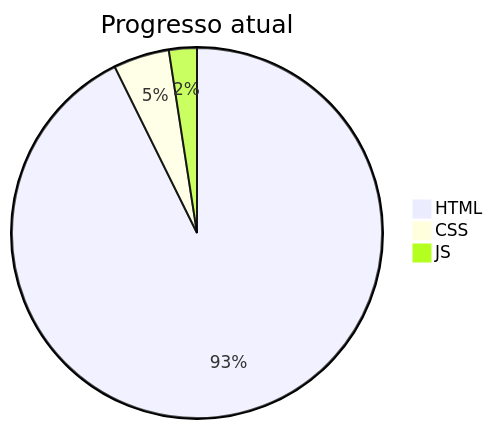
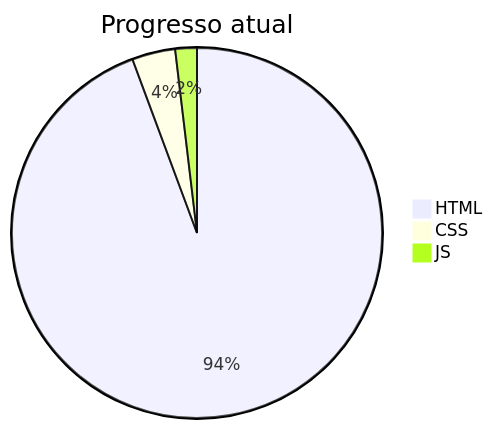
One commit to mariasaldanhaa/dio-curso-frontend changed the diagram in README.md. Above: the diagram before and after it, drawn with Mermaid. The commit also changed other lines of this file, not shown here.

Commit message:
docs: atualização do gráfico

````diff
--- a/README.md
+++ b/README.md
@@ -19,6 +19,6 @@
 ```mermaid
 pie title Progresso atual  
-         "HTML" : 38
+         "HTML" : 50
          "CSS" : 2
          "JS" : 1
 ```
````
